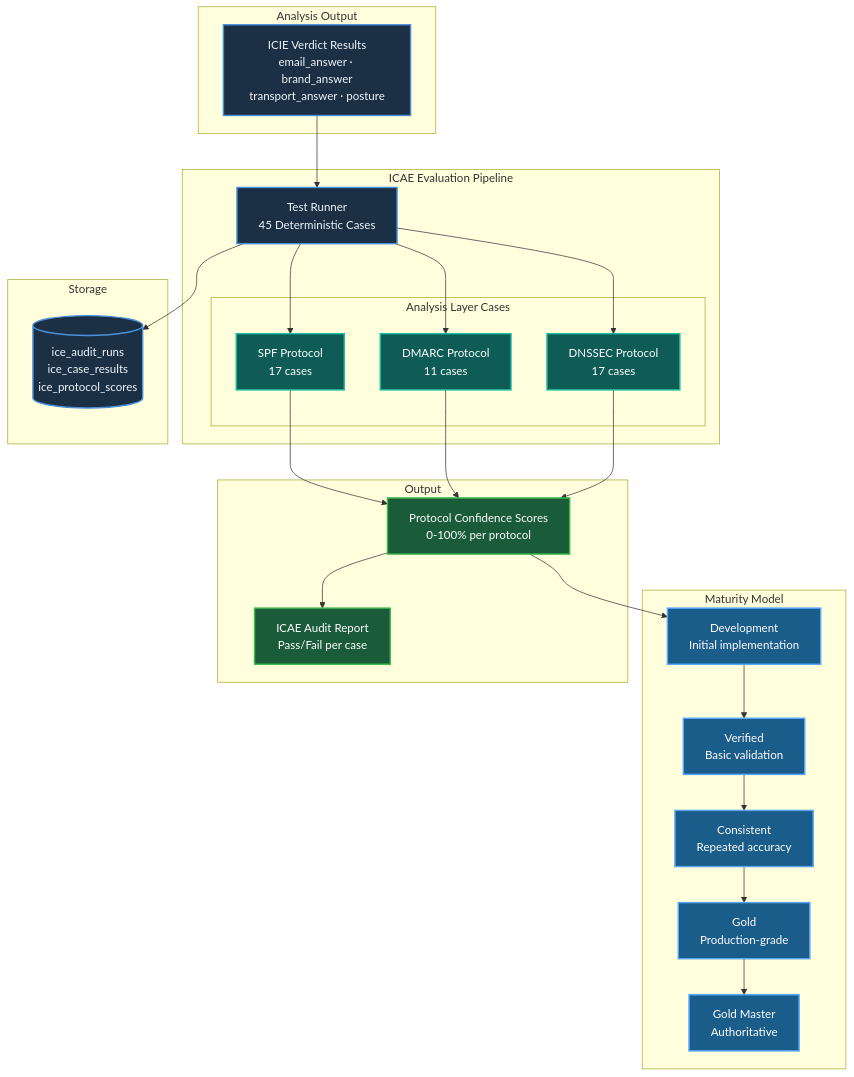
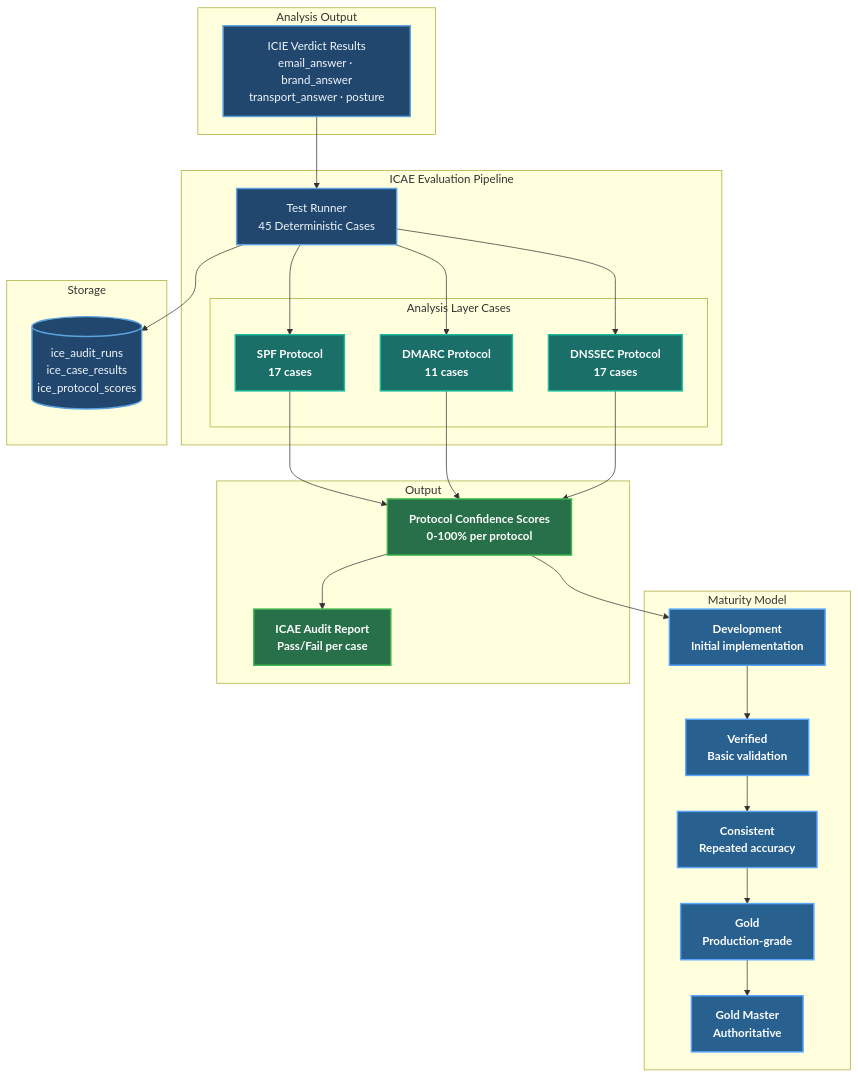
Before and after one commit to careyjames/DnsToolWeb: the third of 7 diagrams in docs/architecture/SYSTEM_ARCHITECTURE.md, drawn with Mermaid. The commit also changed other lines of this file and 8 other files, not shown here.

First line of the commit message:
Improve visualization of system architecture diagrams with brighter, more vibrant colors

````diff
--- a/docs/architecture/SYSTEM_ARCHITECTURE.md
+++ b/docs/architecture/SYSTEM_ARCHITECTURE.md
@@ -150,48 +150,48 @@
 ```mermaid
 graph TB
     subgraph "Analysis Output"
         Verdicts["ICIE Verdict Results<br/>email_answer · brand_answer<br/>transport_answer · posture"]
     end
 
     subgraph "ICAE Evaluation Pipeline"
         Runner["Test Runner<br/>45 Deterministic Cases"]
         
         subgraph "Analysis Layer Cases"
             SPFCases["SPF Protocol<br/>17 cases"]
             DMARCCases["DMARC Protocol<br/>11 cases"]
             DNSSECCases["DNSSEC Protocol<br/>17 cases"]
         end
     end
 
     subgraph "Maturity Model"
         Dev["Development<br/>Initial implementation"]
         Verified["Verified<br/>Basic validation"]
         Consistent["Consistent<br/>Repeated accuracy"]
         Gold["Gold<br/>Production-grade"]
         Master["Gold Master<br/>Authoritative"]
     end
 
     subgraph "Storage"
         DB[("ice_audit_runs<br/>ice_case_results<br/>ice_protocol_scores")]
     end
 
     subgraph "Output"
         Scores["Protocol Confidence Scores<br/>0-100% per protocol"]
         Report["ICAE Audit Report<br/>Pass/Fail per case"]
     end
 
     Verdicts --> Runner
     Runner --> SPFCases & DMARCCases & DNSSECCases
     SPFCases & DMARCCases & DNSSECCases --> Scores
     Scores --> Dev --> Verified --> Consistent --> Gold --> Master
     Runner --> DB
     Scores --> Report
 
-    classDef default fill:#1b2f45,stroke:#4a90d9,stroke-width:2px,color:#f0f6fc
-    classDef maturity fill:#1a5c8a,stroke:#58a6ff,stroke-width:2px,color:#fff
-    classDef cases fill:#0e5c55,stroke:#1abc9c,stroke-width:2px,color:#fff
-    classDef output fill:#1a5c3a,stroke:#3fb950,stroke-width:2px,color:#fff
+    classDef default fill:#22476e,stroke:#5ba3e0,stroke-width:2px,color:#f0f6fc
+    classDef maturity fill:#28608f,stroke:#58a6ff,stroke-width:2px,color:#fff,font-weight:bold
+    classDef cases fill:#1a7068,stroke:#1abc9c,stroke-width:2px,color:#fff,font-weight:bold
+    classDef output fill:#28704a,stroke:#3fb950,stroke-width:2px,color:#fff,font-weight:bold
     class Dev,Verified,Consistent,Gold,Master maturity
     class SPFCases,DMARCCases,DNSSECCases cases
     class Scores,Report output
 ```
````
